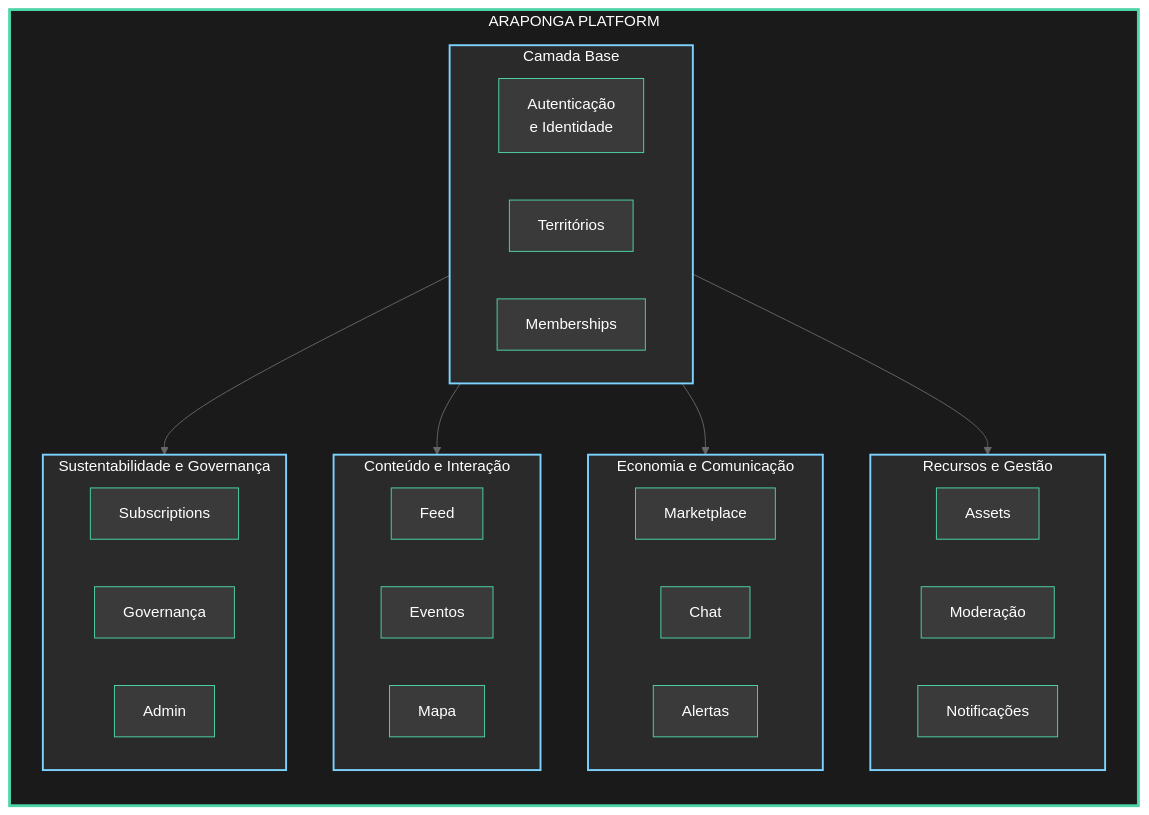
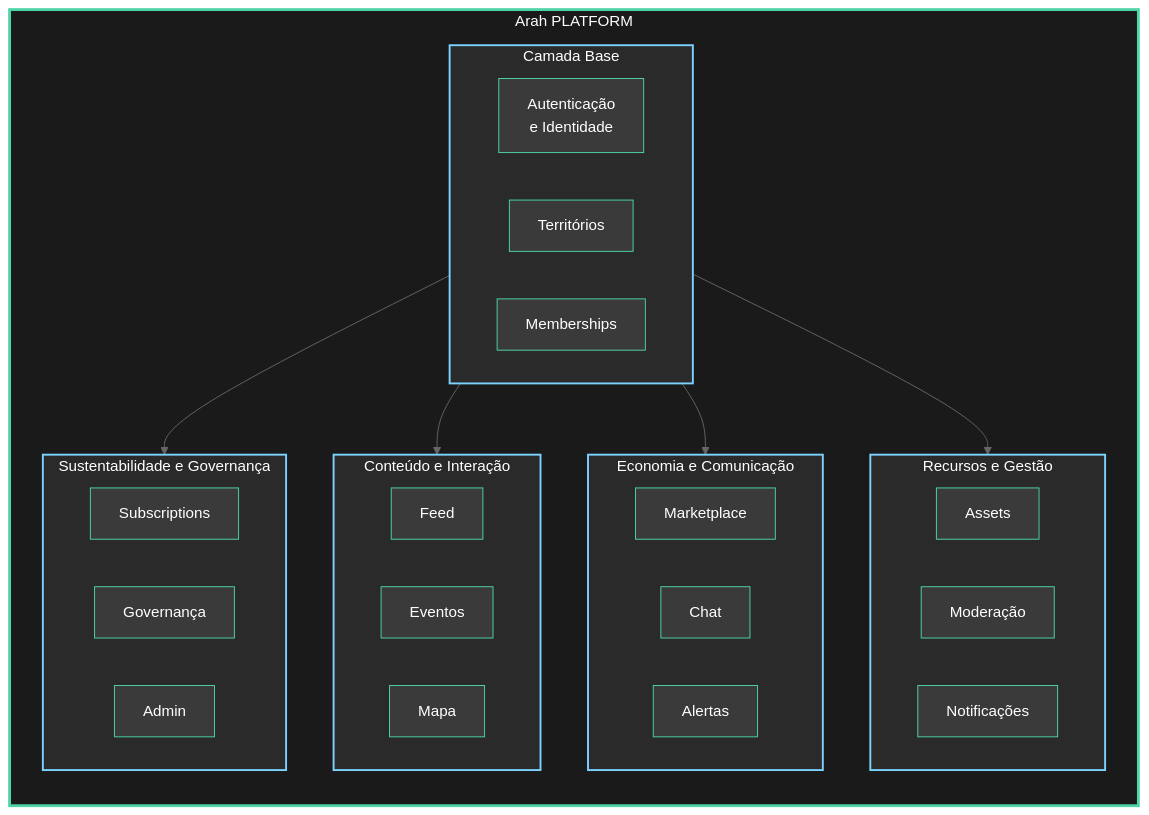
One commit to sraphaz/araponga changed the diagram in docs/funcional/00_PLATAFORMA_ARAPONGA.md. Above: the diagram before and after it, drawn with Mermaid (neutral theme). The commit also changed other lines of this file and 3488 other files, not shown here.

First line of the commit message:
chore: rebrand Araponga para Arah

````diff
--- a/docs/funcional/00_PLATAFORMA_ARAPONGA.md
+++ b/docs/funcional/00_PLATAFORMA_ARAPONGA.md
@@ -81,68 +81,68 @@
 ```mermaid
 flowchart TB
-    subgraph PLATFORM["ARAPONGA PLATFORM"]
+    subgraph PLATFORM["Arah PLATFORM"]
         direction TB
         
         subgraph LAYER1["Camada Base"]
             direction LR
             AUTH["Autenticação<br/>e Identidade"]
             TERR["Territórios"]
             MEMB["Memberships"]
         end
         
         subgraph CONTENT["Conteúdo e Interação"]
             direction LR
             FEED["Feed"]
             EVENTS["Eventos"]
             MAP["Mapa"]
         end
         
         subgraph LAYER2["Economia e Comunicação"]
             direction LR
             MARKET["Marketplace"]
             CHAT["Chat"]
             ALERTS["Alertas"]
         end
         
         subgraph LAYER3["Recursos e Gestão"]
             direction LR
             ASSETS["Assets"]
             MOD["Moderação"]
             NOTIF["Notificações"]
         end
         
         subgraph LAYER4["Sustentabilidade e Governança"]
             direction LR
             SUBS["Subscriptions"]
             GOV["Governança"]
             ADMIN["Admin"]
         end
         
         LAYER1 --> CONTENT
         LAYER1 --> LAYER2
         LAYER1 --> LAYER3
         LAYER1 --> LAYER4
     end
     
     style PLATFORM fill:#1a1a1a,stroke:#4dd4a8,stroke-width:3px,color:#fff
     style LAYER1 fill:#2a2a2a,stroke:#7dd3ff,stroke-width:2px,color:#fff
     style CONTENT fill:#2a2a2a,stroke:#7dd3ff,stroke-width:2px,color:#fff
     style LAYER2 fill:#2a2a2a,stroke:#7dd3ff,stroke-width:2px,color:#fff
     style LAYER3 fill:#2a2a2a,stroke:#7dd3ff,stroke-width:2px,color:#fff
     style LAYER4 fill:#2a2a2a,stroke:#7dd3ff,stroke-width:2px,color:#fff
     style AUTH fill:#3a3a3a,stroke:#4dd4a8,stroke-width:1px,color:#fff
     style TERR fill:#3a3a3a,stroke:#4dd4a8,stroke-width:1px,color:#fff
     style MEMB fill:#3a3a3a,stroke:#4dd4a8,stroke-width:1px,color:#fff
     style FEED fill:#3a3a3a,stroke:#4dd4a8,stroke-width:1px,color:#fff
     style EVENTS fill:#3a3a3a,stroke:#4dd4a8,stroke-width:1px,color:#fff
     style MAP fill:#3a3a3a,stroke:#4dd4a8,stroke-width:1px,color:#fff
     style MARKET fill:#3a3a3a,stroke:#4dd4a8,stroke-width:1px,color:#fff
     style CHAT fill:#3a3a3a,stroke:#4dd4a8,stroke-width:1px,color:#fff
     style ALERTS fill:#3a3a3a,stroke:#4dd4a8,stroke-width:1px,color:#fff
     style ASSETS fill:#3a3a3a,stroke:#4dd4a8,stroke-width:1px,color:#fff
     style MOD fill:#3a3a3a,stroke:#4dd4a8,stroke-width:1px,color:#fff
     style NOTIF fill:#3a3a3a,stroke:#4dd4a8,stroke-width:1px,color:#fff
     style SUBS fill:#3a3a3a,stroke:#4dd4a8,stroke-width:1px,color:#fff
     style GOV fill:#3a3a3a,stroke:#4dd4a8,stroke-width:1px,color:#fff
     style ADMIN fill:#3a3a3a,stroke:#4dd4a8,stroke-width:1px,color:#fff
 ```
````
